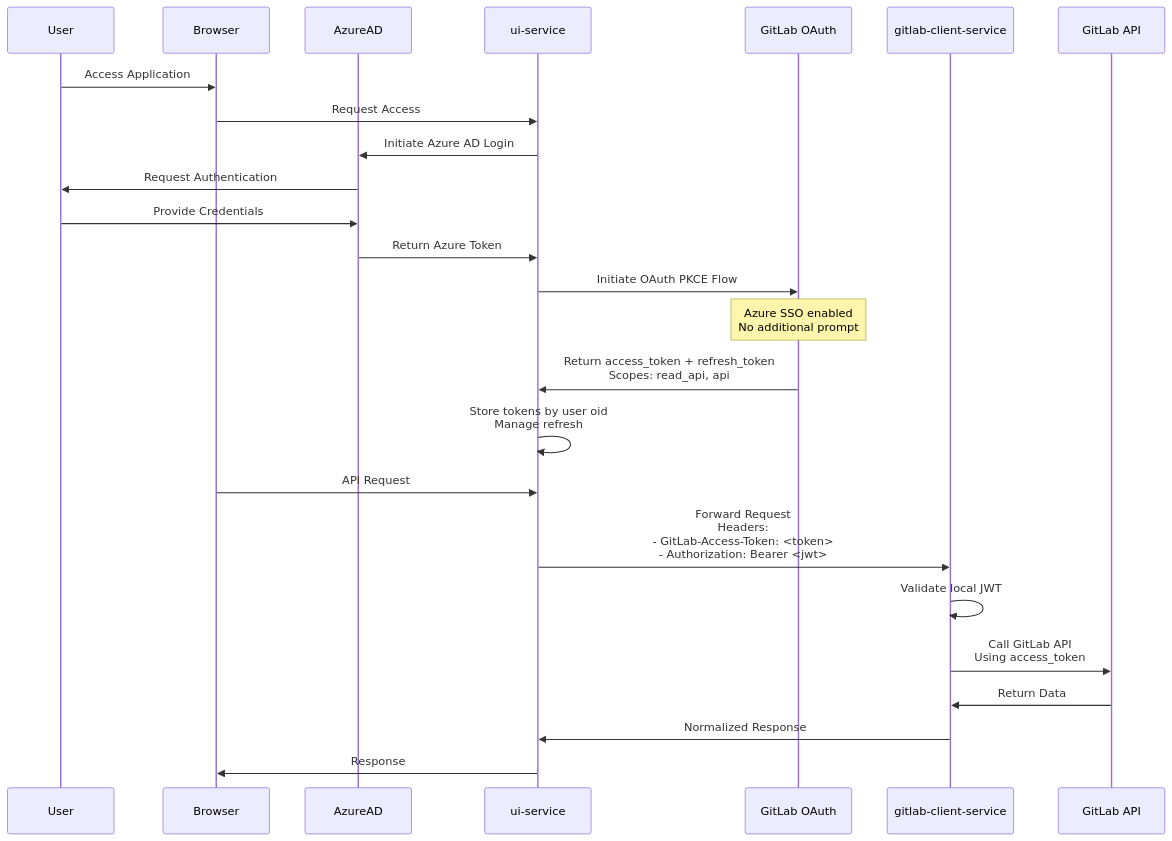
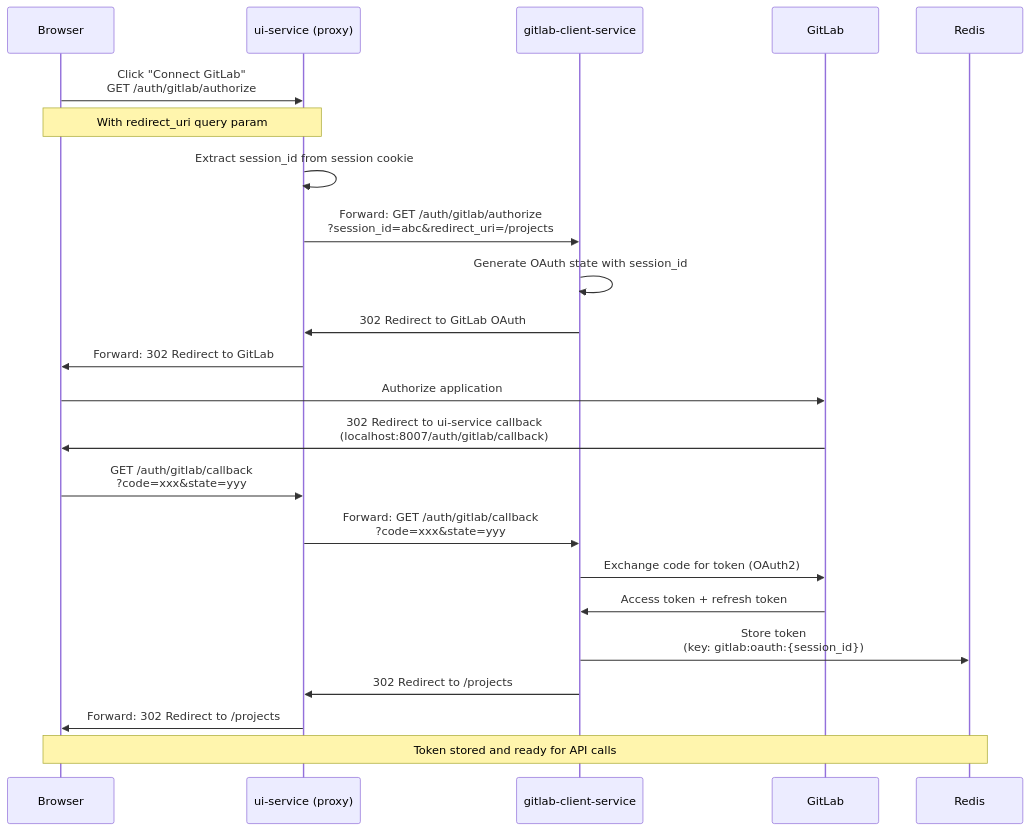
One commit to vladavilov/playground changed the second of 7 diagrams in git-epic-creator/services/gitlab_client_service/README.md. Above: the diagram before and after it, drawn with Mermaid. The commit also changed other lines of this file and 33 other files, not shown here.

Commit message:
- moved gitlab related logic to gitlab client service - changed UI and DB to support only project group/name - implemented resolution of project name to project id - implemented gitlab api call with gitlab project id

````diff
--- a/git-epic-creator/services/gitlab_client_service/README.md
+++ b/git-epic-creator/services/gitlab_client_service/README.md
@@ -189,32 +213,31 @@
 ```mermaid
 sequenceDiagram
-    participant User
     participant Browser
-    participant AzureAD
-    participant UIService as ui-service
-    participant GitLabOAuth as GitLab OAuth
-    participant GitLabClient as gitlab-client-service
-    participant GitLabAPI as GitLab API
+    participant UI as ui-service (proxy)
+    participant GCS as gitlab-client-service
+    participant GitLab
+    participant Redis
 
-    User->>Browser: Access Application
-    Browser->>UIService: Request Access
-    UIService->>AzureAD: Initiate Azure AD Login
-    AzureAD->>User: Request Authentication
-    User->>AzureAD: Provide Credentials
-    AzureAD->>UIService: Return Azure Token
+    Browser->>UI: Click "Connect GitLab"<br/>GET /auth/gitlab/authorize
+    Note over Browser,UI: With redirect_uri query param
     
-    UIService->>GitLabOAuth: Initiate OAuth PKCE Flow
-    Note over GitLabOAuth: Azure SSO enabled<br/>No additional prompt
-    GitLabOAuth->>UIService: Return access_token + refresh_token<br/>Scopes: read_api, api
+    UI->>UI: Extract session_id from session cookie
+    UI->>GCS: Forward: GET /auth/gitlab/authorize<br/>?session_id=abc&redirect_uri=/projects
+    GCS->>GCS: Generate OAuth state with session_id
+    GCS->>UI: 302 Redirect to GitLab OAuth
+    UI->>Browser: Forward: 302 Redirect to GitLab
     
-    UIService->>UIService: Store tokens by user oid<br/>Manage refresh
+    Browser->>GitLab: Authorize application
+    GitLab->>Browser: 302 Redirect to ui-service callback<br/>(localhost:8007/auth/gitlab/callback)
     
-    Browser->>UIService: API Request
-    UIService->>GitLabClient: Forward Request<br/>Headers:<br/>- GitLab-Access-Token: <token><br/>- Authorization: Bearer <jwt>
+    Browser->>UI: GET /auth/gitlab/callback<br/>?code=xxx&state=yyy
+    UI->>GCS: Forward: GET /auth/gitlab/callback<br/>?code=xxx&state=yyy
+    GCS->>GitLab: Exchange code for token (OAuth2)
+    GitLab->>GCS: Access token + refresh token
     
-    GitLabClient->>GitLabClient: Validate local JWT
-    GitLabClient->>GitLabAPI: Call GitLab API<br/>Using access_token
-    GitLabAPI->>GitLabClient: Return Data
-    GitLabClient->>UIService: Normalized Response
-    UIService->>Browser: Response
+    GCS->>Redis: Store token<br/>(key: gitlab:oauth:{session_id})
+    GCS->>UI: 302 Redirect to /projects
+    UI->>Browser: Forward: 302 Redirect to /projects
+    
+    Note over Browser,Redis: Token stored and ready for API calls
 ```
````
